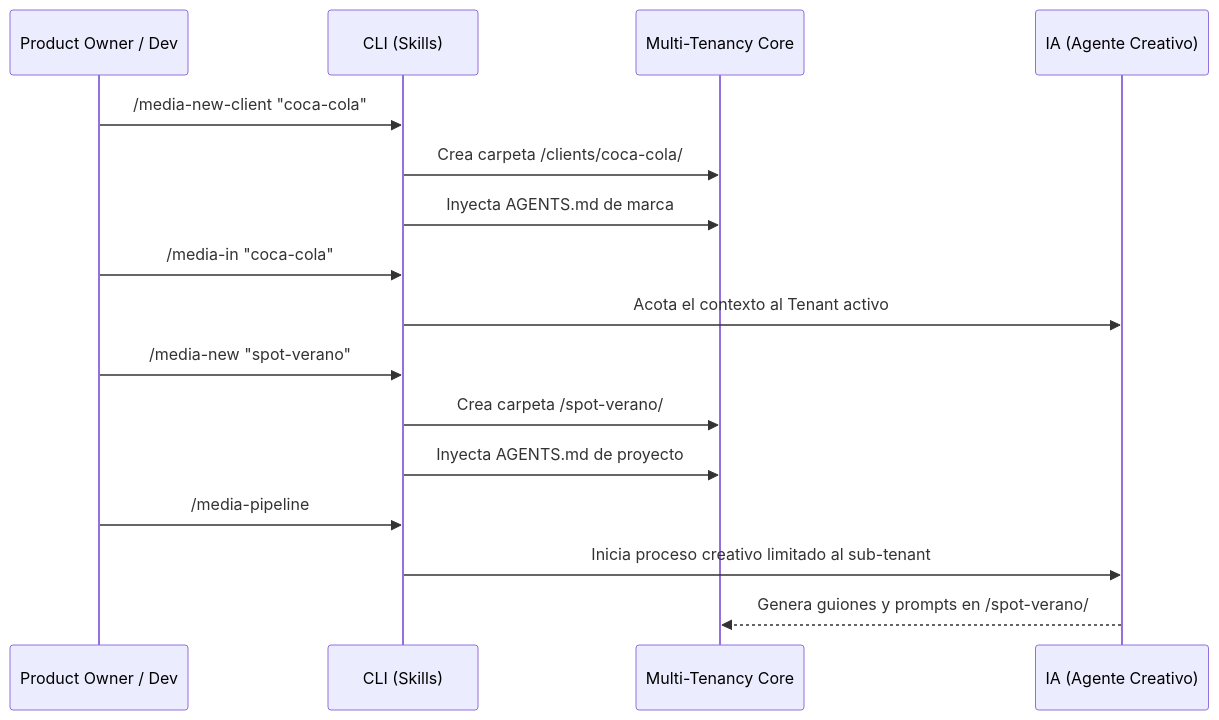
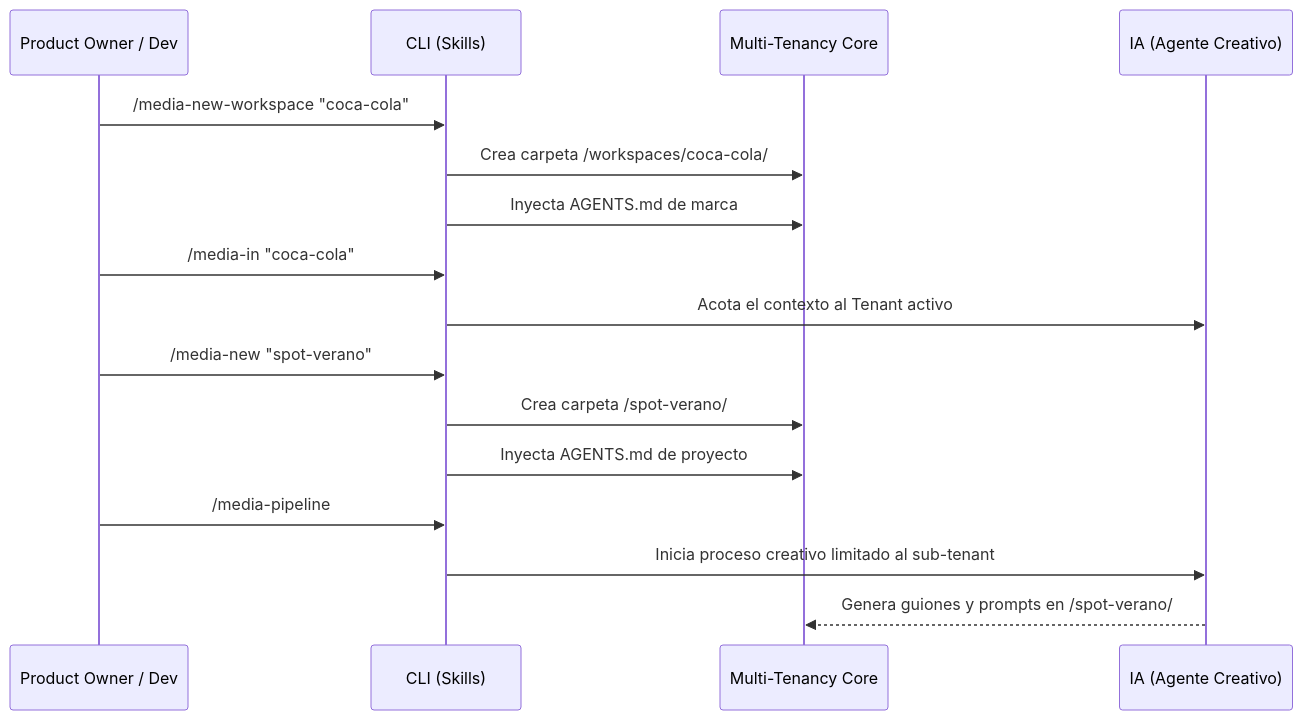
Before and after one commit to LizAndrea/media-architect: the diagram in docs/multi-tenancy-core.md, drawn with Mermaid. The commit also changed other lines of this file and 81 other files, not shown here.

Commit message:
refactor: migrate client-based architecture to workspace-oriented structure and update supporting skills

````diff
--- a/docs/multi-tenancy-core.md
+++ b/docs/multi-tenancy-core.md
@@ -49,22 +49,22 @@
 ```mermaid
 sequenceDiagram
     participant PO as Product Owner / Dev
     participant CLI as CLI (Skills)
     participant Core as Multi-Tenancy Core
     participant AI as IA (Agente Creativo)
 
-    PO->>CLI: /media-new-client "coca-cola"
-    CLI->>Core: Crea carpeta /clients/coca-cola/
+    PO->>CLI: /media-new-workspace "coca-cola"
+    CLI->>Core: Crea carpeta /workspaces/coca-cola/
     CLI->>Core: Inyecta AGENTS.md de marca
     
     PO->>CLI: /media-in "coca-cola"
     CLI->>AI: Acota el contexto al Tenant activo
     
     PO->>CLI: /media-new "spot-verano"
     CLI->>Core: Crea carpeta /spot-verano/
     CLI->>Core: Inyecta AGENTS.md de proyecto
     
     PO->>CLI: /media-pipeline
     CLI->>AI: Inicia proceso creativo limitado al sub-tenant
     AI-->>Core: Genera guiones y prompts en /spot-verano/
 ```
````
